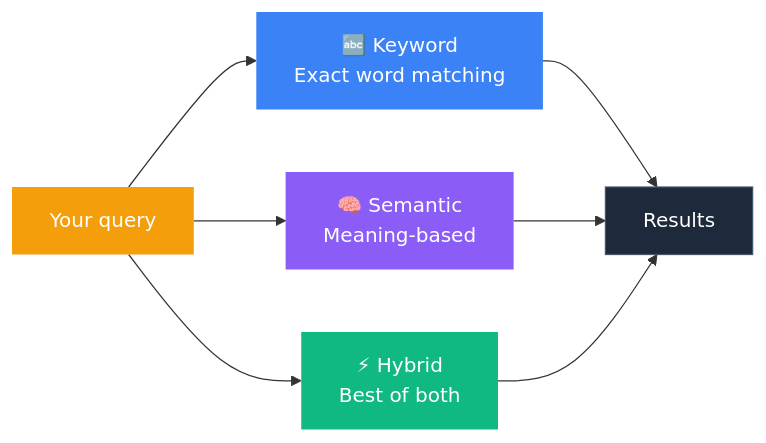
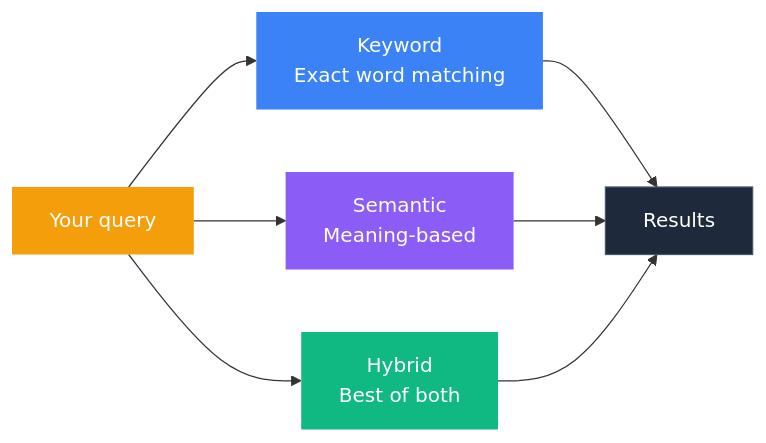
Before and after one commit to ZealousEar/ideabank: the second of 2 diagrams in README.md, drawn with Mermaid. The commit also changed other lines of this file, not shown here.

First line of the commit message:
Fix Mermaid rendering, add alpha notice, add Twitter pipeline to roadmap

````diff
--- a/README.md
+++ b/README.md
@@ -169,16 +171,16 @@
 ```mermaid
 flowchart LR
-    Q["Your query"] --> KW["🔤 Keyword\nExact word matching"]
-    Q --> SM["🧠 Semantic\nMeaning-based"]
-    Q --> HY["⚡ Hybrid\nBest of both"]
+    Q["Your query"] --> KW["Keyword\nExact word matching"]
+    Q --> SM["Semantic\nMeaning-based"]
+    Q --> HY["Hybrid\nBest of both"]
 
     KW --> R["Results"]
     SM --> R
     HY --> R
 
     style Q fill:#F59E0B,color:#fff,stroke:none
     style KW fill:#3B82F6,color:#fff,stroke:none
     style SM fill:#8B5CF6,color:#fff,stroke:none
     style HY fill:#10B981,color:#fff,stroke:none
     style R fill:#1E293B,color:#fff,stroke:#475569
 ```
````
